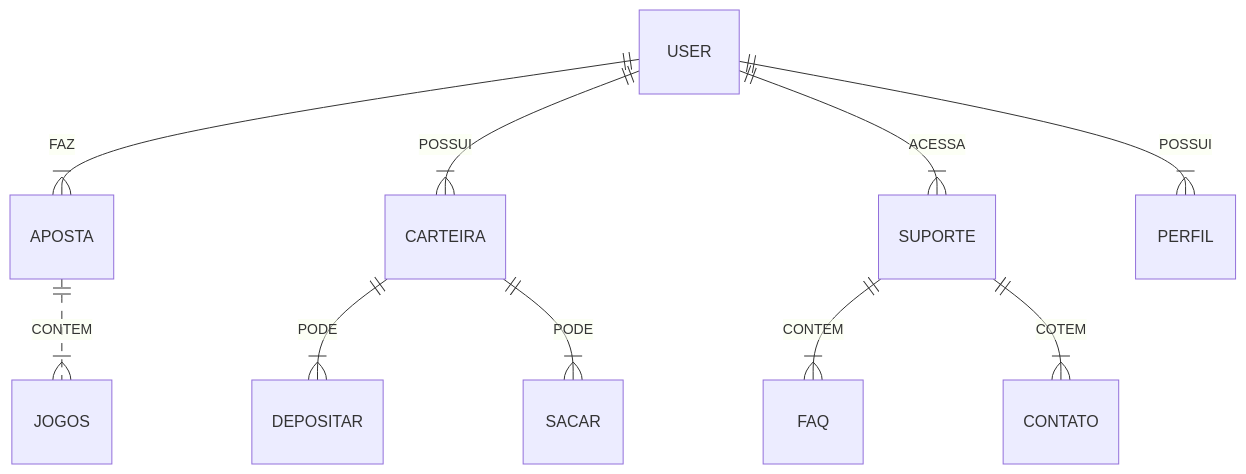
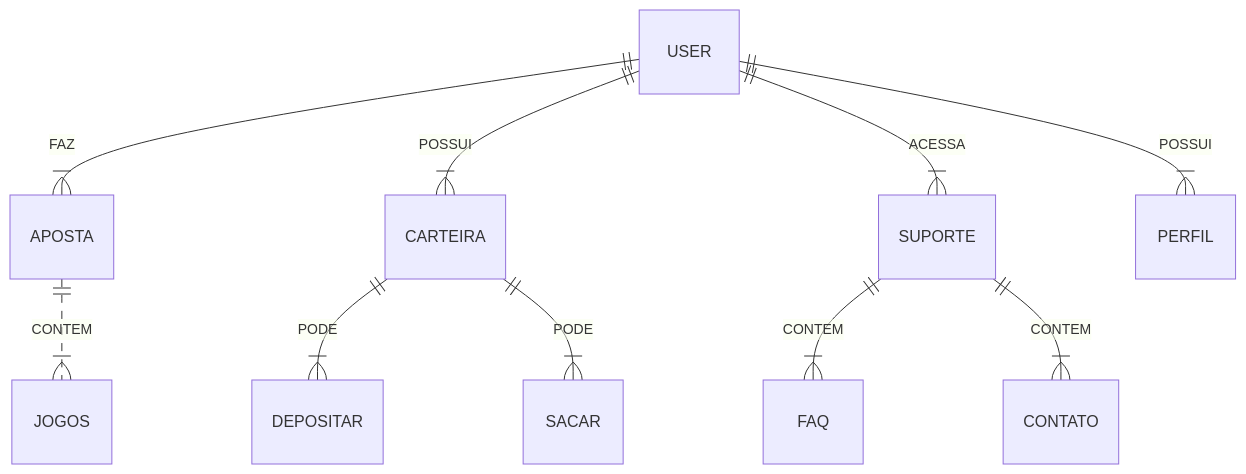
Before and after one commit to desenvolvimento-web-unifil/02-documentacao-ctp-web: the diagram in docs/readme.md, drawn with Mermaid. The commit also changed other lines of this file, not shown here.

````diff
--- a/docs/readme.md
+++ b/docs/readme.md
@@ -4,14 +3,14 @@
 ```mermaid
 erDiagram
 
     USER ||--|{ APOSTA : FAZ
     USER ||--|{ CARTEIRA :POSSUI
     CARTEIRA ||--|{ DEPOSITAR : PODE
     CARTEIRA ||--|{ SACAR : PODE
     APOSTA ||..|{ JOGOS : CONTEM
     USER ||--|{ SUPORTE : ACESSA
     USER ||--|{ PERFIL : POSSUI
     SUPORTE||--|{ FAQ : CONTEM
-    SUPORTE||--|{ CONTATO : COTEM
+    SUPORTE||--|{ CONTATO : CONTEM
 
 ```
````
